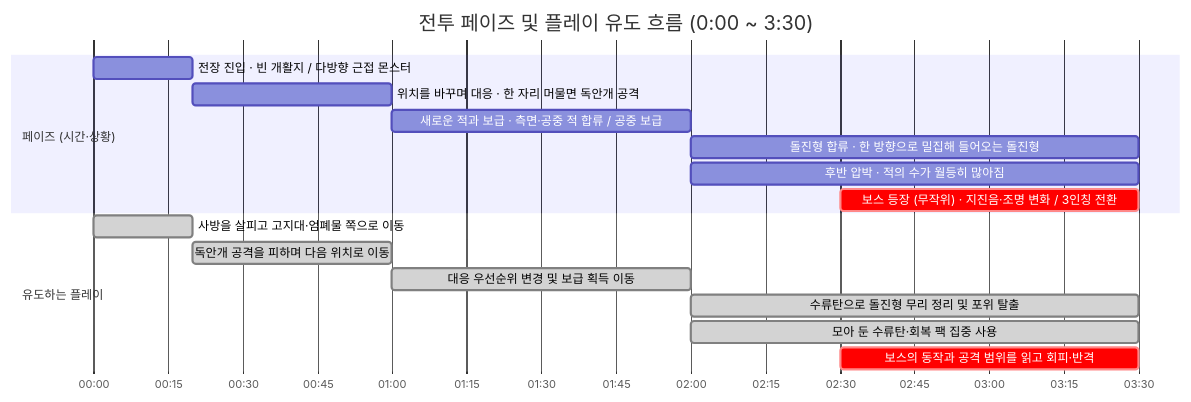
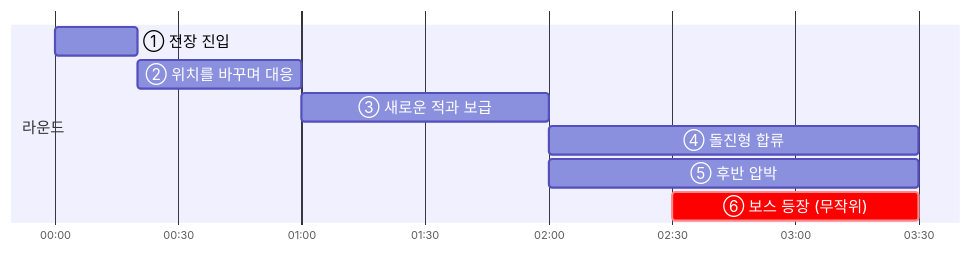
Before and after one commit to Lets-Gitit/portfolio: the first of 4 diagrams in src/1-hive-purge/기술문서.md, drawn with Mermaid. The commit also changed other lines of this file and 1 other file, not shown here.

````diff
--- a/src/1-hive-purge/기술문서.md
+++ b/src/1-hive-purge/기술문서.md
@@ -108,22 +106,14 @@
 ```mermaid
+%%{init: {"gantt": {"useWidth": 900, "fontSize": 14, "sectionFontSize": 14, "barHeight": 26, "leftPadding": 40}}}%%
 gantt
-    title 전투 페이즈 및 플레이 유도 흐름 (0:00 ~ 3:30)
     dateFormat mm:ss
     axisFormat %M:%S
-
-    section 페이즈 (시간·상황)
-    전장 진입 · 빈 개활지 / 다방향 근접 몬스터           :p1, 00:00, 20s
-    위치를 바꾸며 대응 · 한 자리 머물면 독안개 공격      :p2, 00:20, 40s
-    새로운 적과 보급 · 측면·공중 적 합류 / 공중 보급     :p3, 01:00, 60s
-    돌진형 합류 · 한 방향으로 밀집해 들어오는 돌진형     :p4, 02:00, 90s
-    후반 압박 · 적의 수가 월등히 많아짐                 :p5, 02:00, 90s
-    보스 등장 (무작위) · 지진음·조명 변화 / 3인칭 전환  :crit, p6, 02:30, 60s
-
-    section 유도하는 플레이
-    사방을 살피고 고지대·엄폐물 쪽으로 이동              :done, u1, 00:00, 20s
-    독안개 공격을 피하며 다음 위치로 이동                :done, u2, 00:20, 40s
-    대응 우선순위 변경 및 보급 획득 이동                 :done, u3, 01:00, 60s
-    수류탄으로 돌진형 무리 정리 및 포위 탈출             :done, u4, 02:00, 90s
-    모아 둔 수류탄·회복 팩 집중 사용                    :done, u5, 02:00, 90s
-    보스의 동작과 공격 범위를 읽고 회피·반격             :crit, u6, 02:30, 60s
+    tickInterval 30second
+    section 라운드
+    ① 전장 진입          :p1, 00:00, 20s
+    ② 위치를 바꾸며 대응 :p2, 00:20, 40s
+    ③ 새로운 적과 보급   :p3, 01:00, 60s
+    ④ 돌진형 합류        :p4, 02:00, 90s
+    ⑤ 후반 압박          :p5, 02:00, 90s
+    ⑥ 보스 등장 (무작위) :crit, p6, 02:30, 60s
 ```
````
